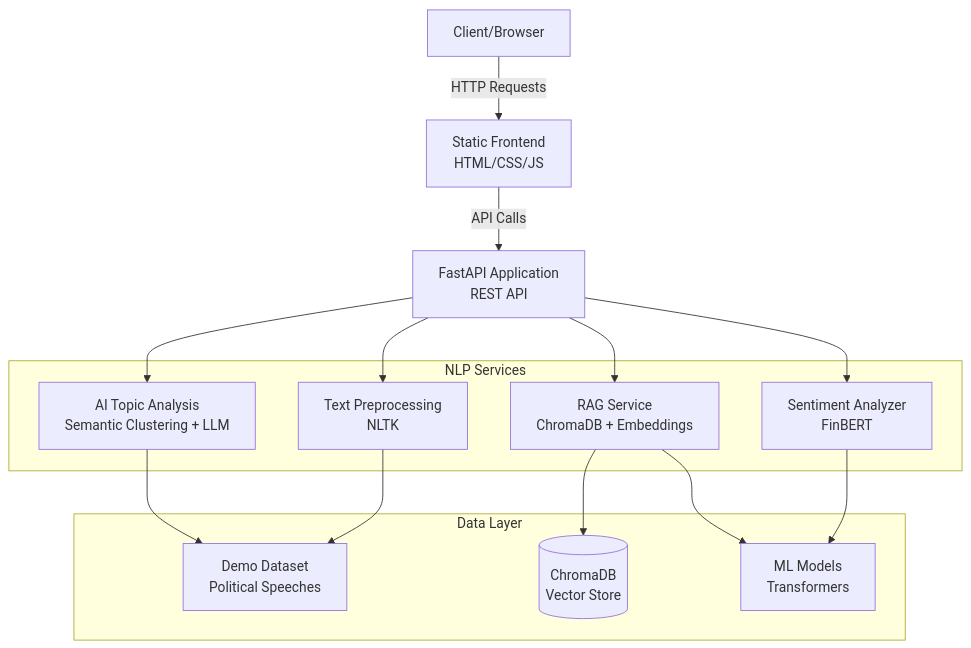
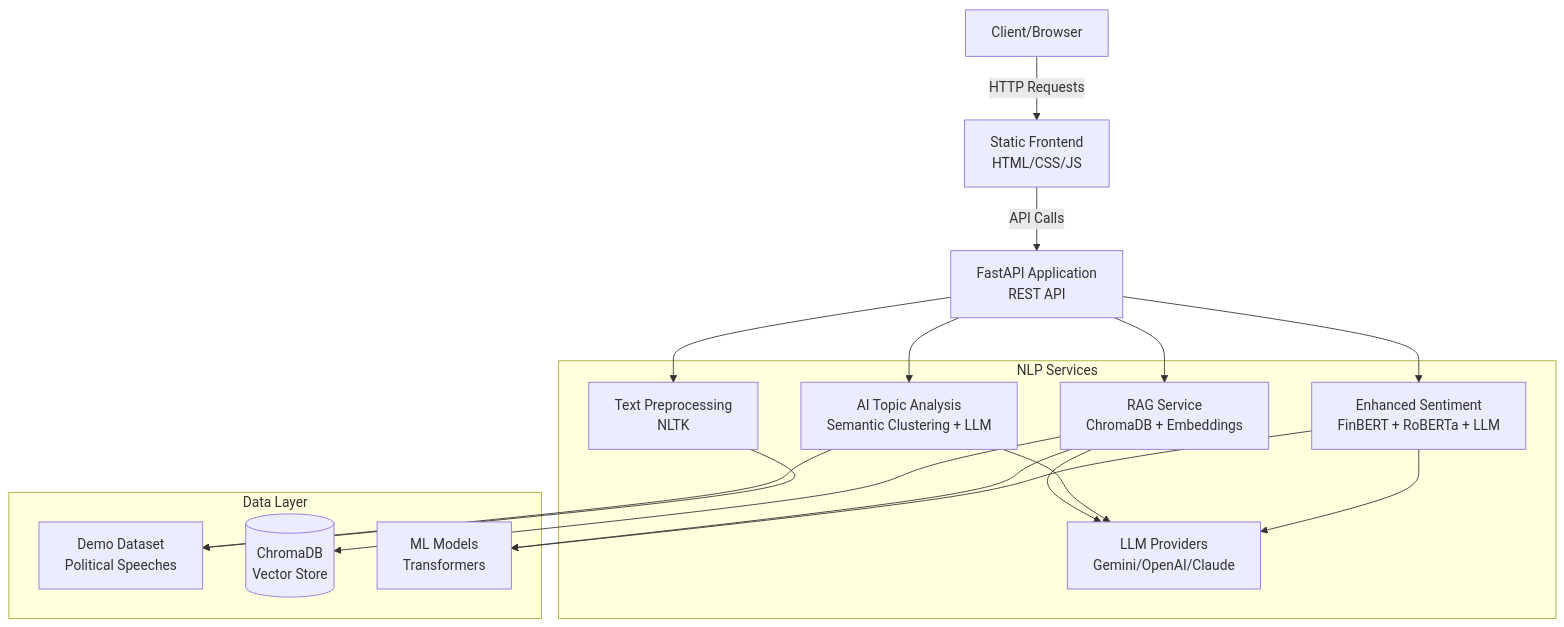
Before and after one commit to JustaKris/Donald-Trump-Rally-Speeches-NLP: the first of 14 diagrams in docs/reference/architecture.md, drawn with Mermaid. The commit also changed other lines of this file and 8 other files, not shown here.

````diff
--- a/docs/reference/architecture.md
+++ b/docs/reference/architecture.md
@@ -20,32 +20,36 @@
 ```mermaid
 graph TB
     Client[Client/Browser]
     Frontend[Static Frontend<br/>HTML/CSS/JS]
     API[FastAPI Application<br/>REST API]
     
     subgraph "NLP Services"
-        Sentiment[Sentiment Analyzer<br/>FinBERT]
+        Sentiment[Enhanced Sentiment<br/>FinBERT + RoBERTa + LLM]
         Preprocessing[Text Preprocessing<br/>NLTK]
         Topics[AI Topic Analysis<br/>Semantic Clustering + LLM]
         RAG[RAG Service<br/>ChromaDB + Embeddings]
+        LLM[LLM Providers<br/>Gemini/OpenAI/Claude]
     end
     
     subgraph "Data Layer"
         Speeches[Demo Dataset<br/>Political Speeches]
         VectorDB[(ChromaDB<br/>Vector Store)]
         Models[ML Models<br/>Transformers]
     end
     
     Client -->|HTTP Requests| Frontend
     Frontend -->|API Calls| API
     API --> Sentiment
     API --> Preprocessing
     API --> Topics
     API --> RAG
     
+    Sentiment --> LLM
     Sentiment --> Models
+    Topics --> LLM
+    RAG --> LLM
     RAG --> VectorDB
     RAG --> Models
     Preprocessing --> Speeches
     Topics --> Speeches
 ```
````
